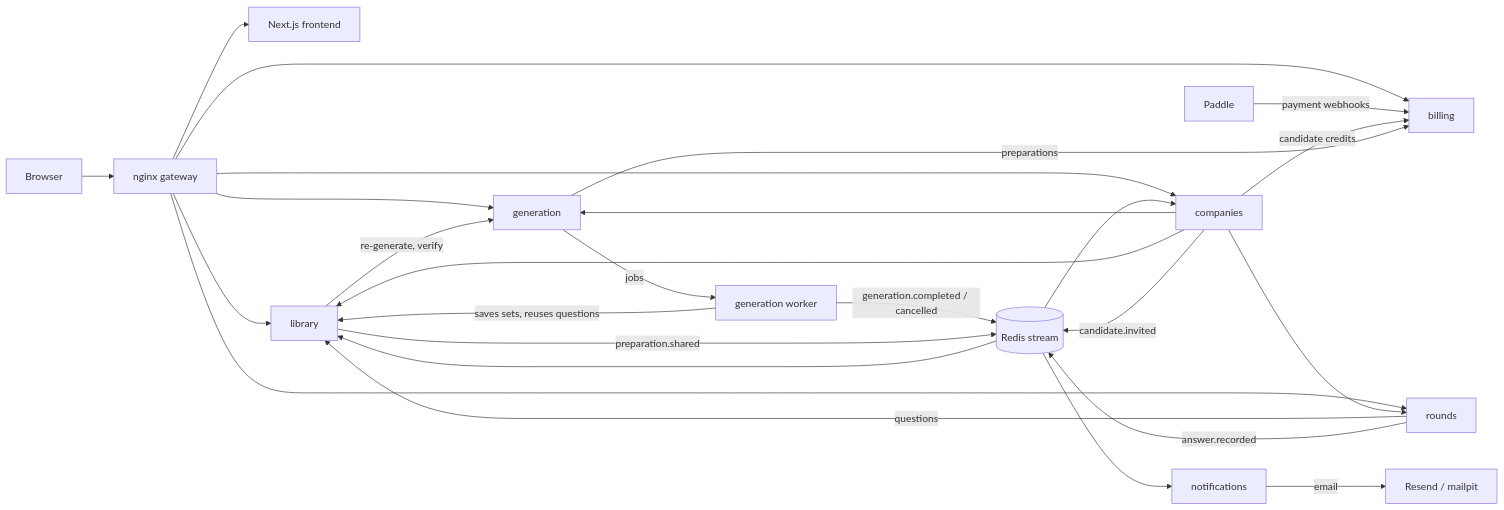
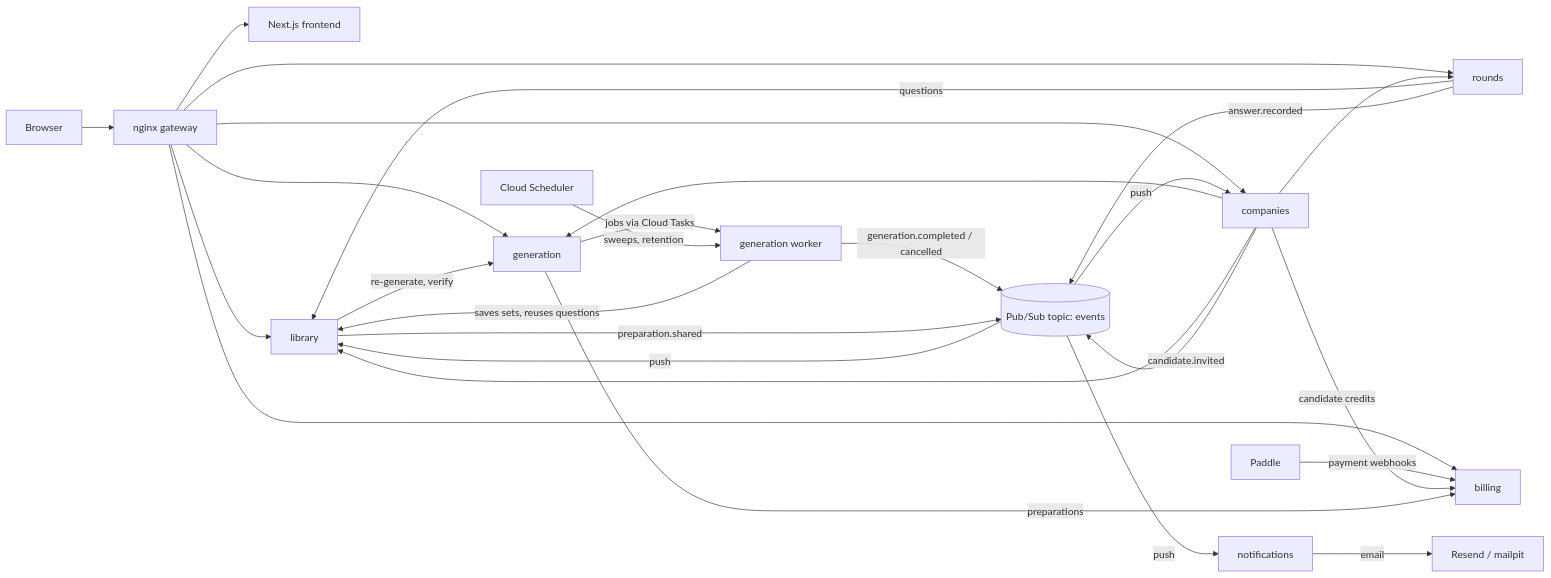
The diagram in README.md (Vilsky-Viktor/ai-interview-prep-platform), drawn with Mermaid before and after one commit. The commit also changed other lines of this file and 73 other files, not shown here.

````diff
--- a/README.md
+++ b/README.md
@@ -33,29 +33,30 @@
 ```mermaid
 flowchart LR
     browser[Browser] --> gateway[nginx gateway]
     gateway --> frontend[Next.js frontend]
     gateway --> library
     gateway --> generation
     gateway --> rounds
     gateway --> companies
     gateway --> billing
     paddle[Paddle] -- payment webhooks --> billing
 
-    generation -- jobs --> worker[generation worker]
+    generation -- jobs via Cloud Tasks --> worker[generation worker]
+    scheduler[Cloud Scheduler] -- sweeps, retention --> worker
     worker -- saves sets, reuses questions --> library
     library -- re-generate, verify --> generation
     rounds -- questions --> library
     companies --> generation
     companies --> library
     companies --> rounds
     companies -- candidate credits --> billing
     generation -- preparations --> billing
 
-    rounds -- answer.recorded --> redis[(Redis stream)]
-    worker -- generation.completed / cancelled --> redis
-    library -- preparation.shared --> redis
-    companies -- candidate.invited --> redis
-    redis --> library
-    redis --> companies
-    redis --> notifications -- email --> smtp[Resend / mailpit]
+    rounds -- answer.recorded --> pubsub[(Pub/Sub topic: events)]
+    worker -- generation.completed / cancelled --> pubsub
+    library -- preparation.shared --> pubsub
+    companies -- candidate.invited --> pubsub
+    pubsub -- push --> library
+    pubsub -- push --> companies
+    pubsub -- push --> notifications -- email --> smtp[Resend / mailpit]
 ```
````
